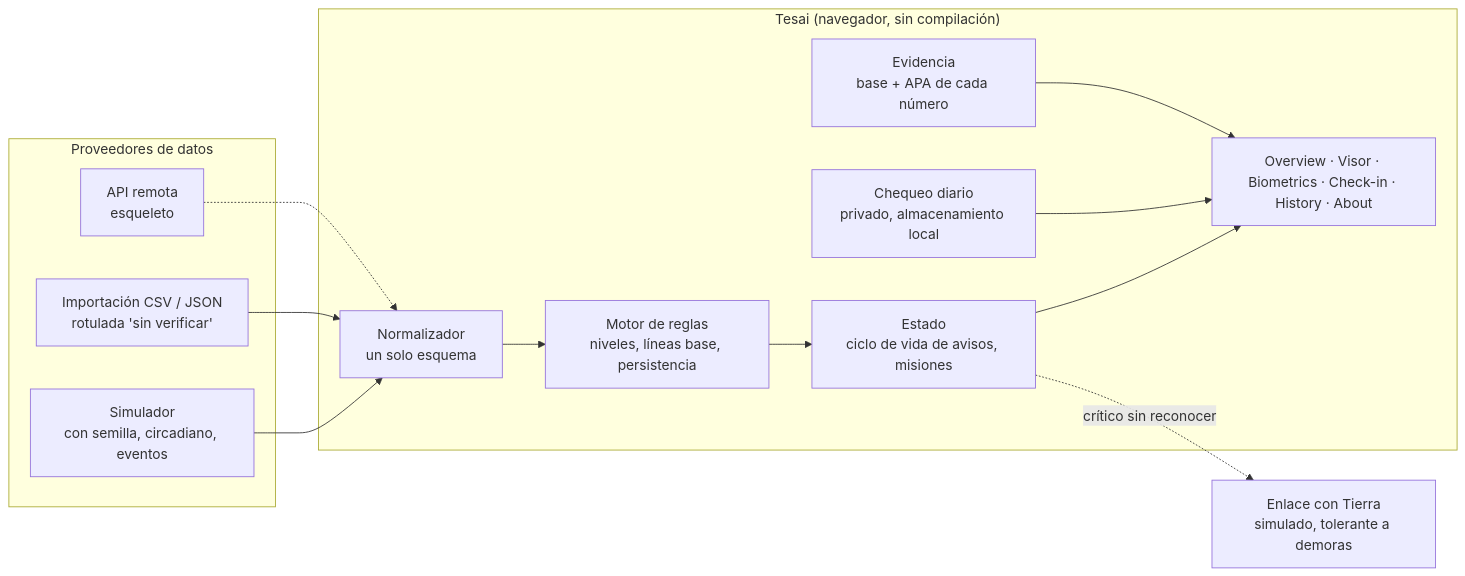
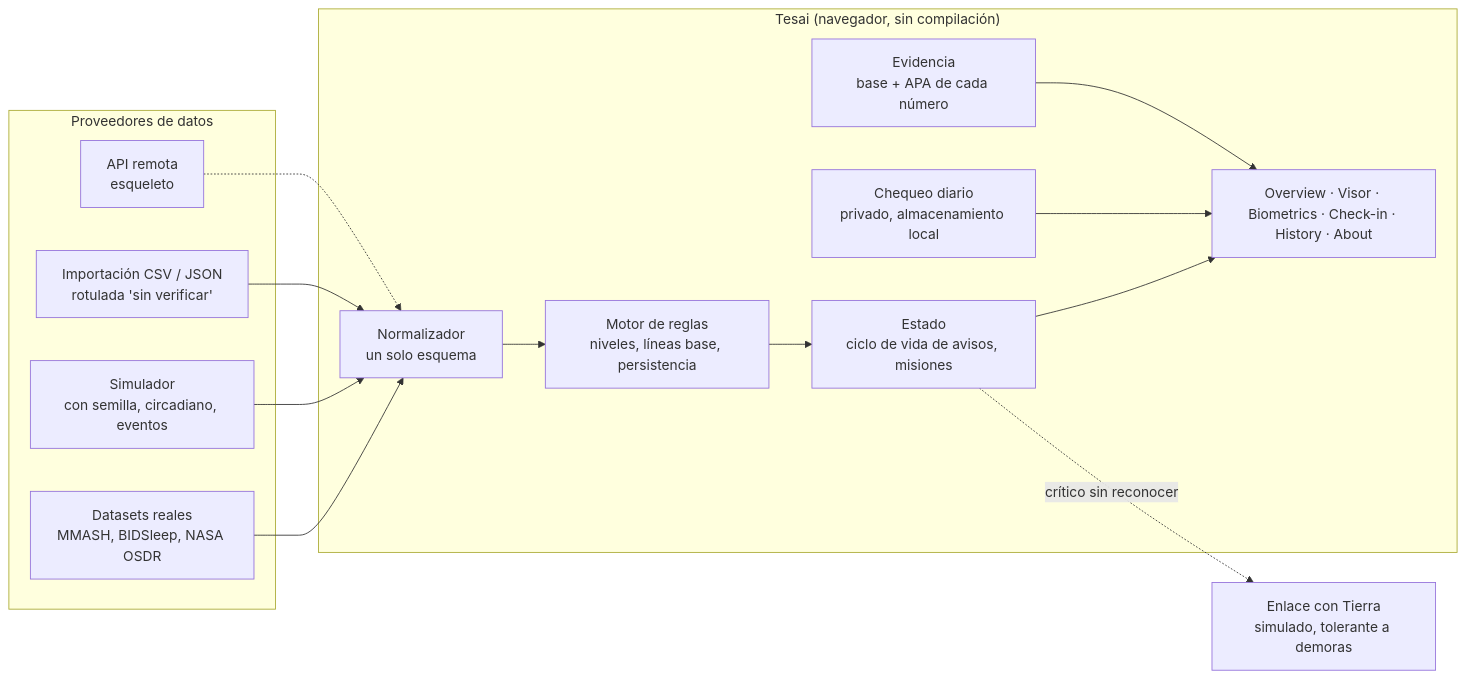
Before and after one commit to natayadev/astronauts-health-monitor: the diagram in README.md, drawn with Mermaid. The commit also changed other lines of this file and 6 other files, not shown here.

````diff
--- a/README.md
+++ b/README.md
@@ -91,27 +200,29 @@
 ```mermaid
 flowchart LR
   subgraph Fuentes["Proveedores de datos"]
+    DS["Datasets reales<br/>MMASH, BIDSleep, NASA OSDR"]
     SIM["Simulador<br/>con semilla, circadiano, eventos"]
     FILE["Importación CSV / JSON<br/>rotulada 'sin verificar'"]
     API["API remota<br/>esqueleto"]
   end
 
   subgraph App["Tesai (navegador, sin compilación)"]
     NORM["Normalizador<br/>un solo esquema"]
     RULES["Motor de reglas<br/>niveles, líneas base, persistencia"]
     STATE["Estado<br/>ciclo de vida de avisos, misiones"]
     CHK["Chequeo diario<br/>privado, almacenamiento local"]
     EV["Evidencia<br/>base + APA de cada número"]
     UI["Overview · Visor · Biometrics · Check-in · History · About"]
   end
 
   GROUND["Enlace con Tierra<br/>simulado, tolerante a demoras"]
 
+  DS --> NORM
   SIM --> NORM
   FILE --> NORM
   API -.-> NORM
   NORM --> RULES --> STATE --> UI
   CHK --> UI
   EV --> UI
   STATE -. crítico sin reconocer .-> GROUND
 ```
````
